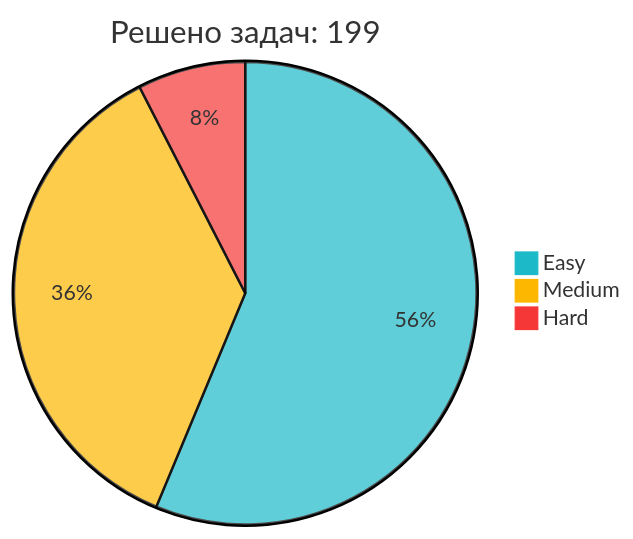
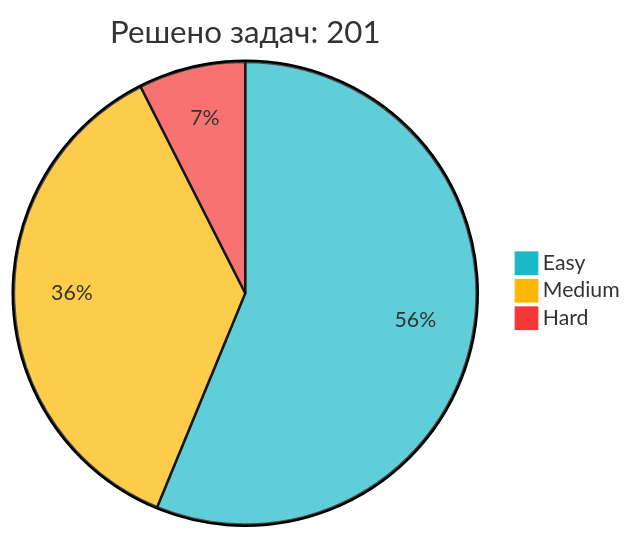
Before and after one commit to IliaKurdukov/IliaKurdukov: the diagram in README.md, drawn with Mermaid. The commit also changed other lines of this file, not shown here.

Commit message:
📈 Обновление статистики LeetCode

````diff
--- a/README.md
+++ b/README.md
@@ -51,7 +51,7 @@
 ```mermaid
 %%{init: {'theme': 'base', 'themeVariables': { 'pie1': '#1CBAC8', 'pie2': '#FEB700', 'pie3': '#F63737' }, 'config': {'width': 300, 'height': 200}}}%%
-pie title Решено задач: 199
-   "Easy" : 112
-   "Medium" : 72
+pie title Решено задач: 201
+   "Easy" : 113
+   "Medium" : 73
    "Hard" : 15
 ```
````
